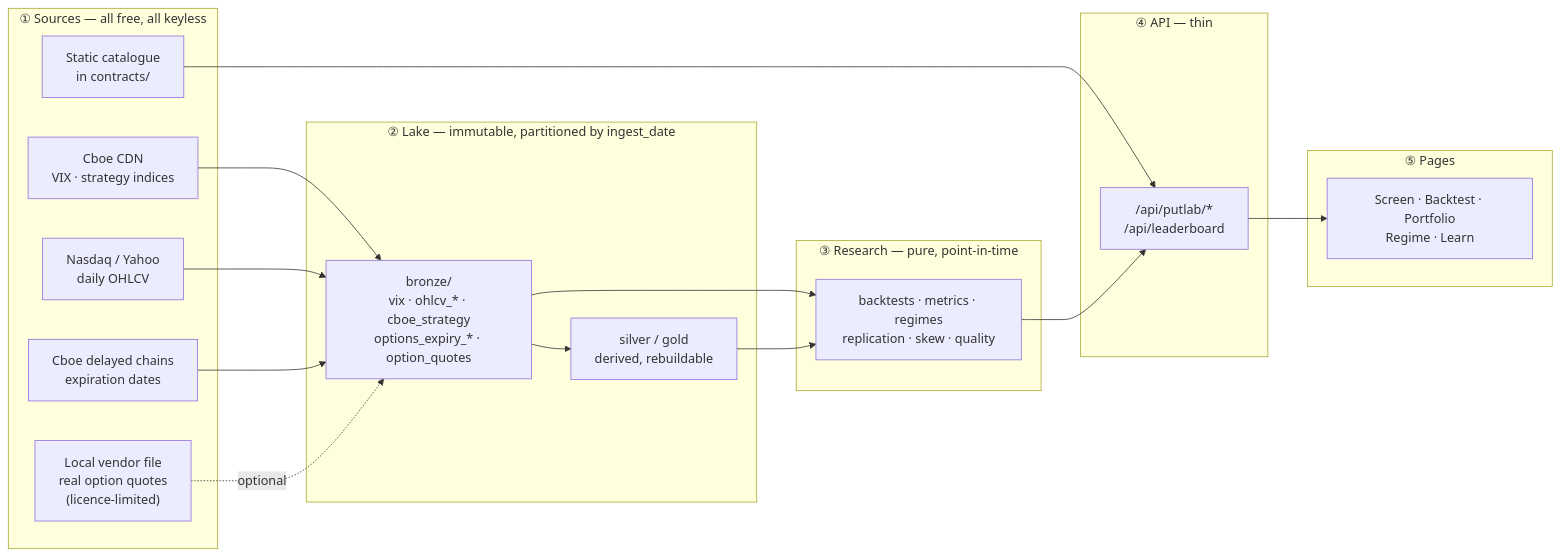
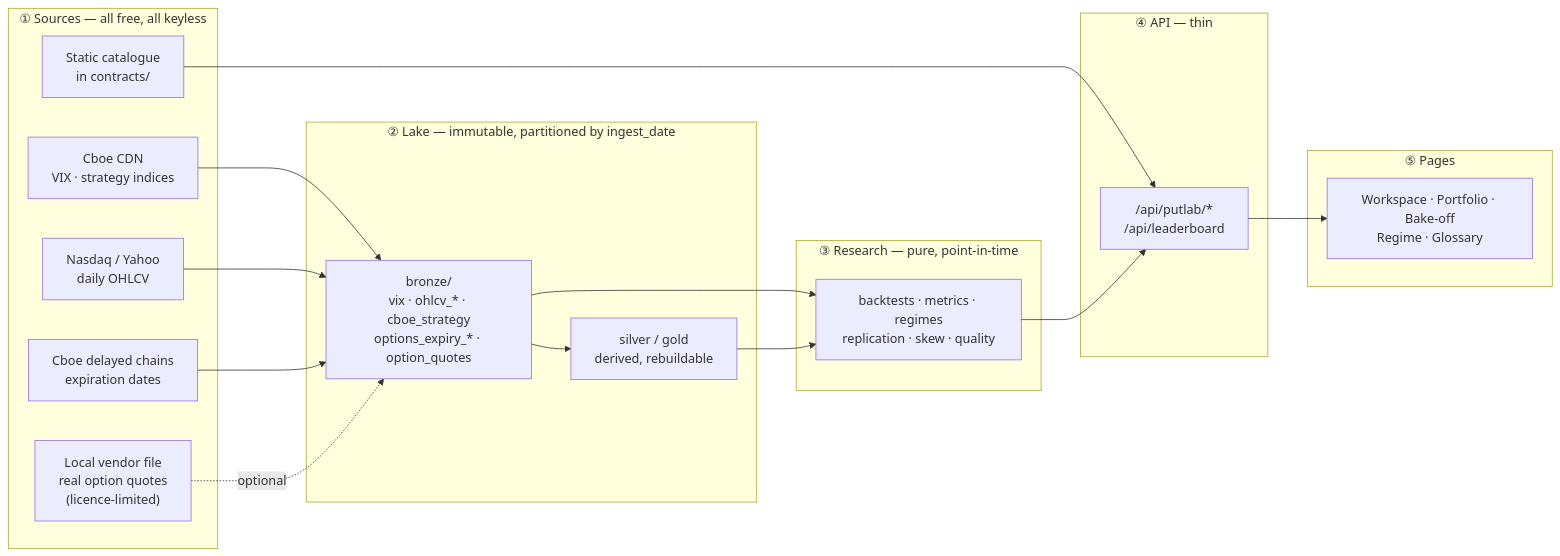
One commit to diomavro/tail-lab changed the first of 2 diagrams in docs/DATA_FLOW.md. Above: the diagram before and after it, drawn with Mermaid. The commit also changed other lines of this file and 58 other files, not shown here.

````diff
--- a/docs/DATA_FLOW.md
+++ b/docs/DATA_FLOW.md
@@ -25,34 +25,34 @@
 ```mermaid
 flowchart LR
     subgraph S["① Sources — all free, all keyless"]
         CBOE["Cboe CDN<br/>VIX · strategy indices"]
         NDQ["Nasdaq / Yahoo<br/>daily OHLCV"]
         CHAIN["Cboe delayed chains<br/>expiration dates"]
         LOCAL["Local vendor file<br/>real option quotes<br/>(licence-limited)"]
         STATIC["Static catalogue<br/>in contracts/"]
     end
     subgraph L["② Lake — immutable, partitioned by ingest_date"]
         BRONZE["bronze/<br/>vix · ohlcv_* · cboe_strategy<br/>options_expiry_* · option_quotes"]
         SG["silver / gold<br/>derived, rebuildable"]
     end
     subgraph R["③ Research — pure, point-in-time"]
         CALC["backtests · metrics · regimes<br/>replication · skew · quality"]
     end
     subgraph A["④ API — thin"]
         ROUTES["/api/putlab/*<br/>/api/leaderboard"]
     end
     subgraph U["⑤ Pages"]
-        PAGES["Screen · Backtest · Portfolio<br/>Regime · Learn"]
+        PAGES["Workspace · Portfolio · Bake-off<br/>Regime · Glossary"]
     end
 
     CBOE --> BRONZE
     NDQ --> BRONZE
     CHAIN --> BRONZE
     LOCAL -.optional.-> BRONZE
     STATIC --> ROUTES
     BRONZE --> SG
     BRONZE --> CALC
     SG --> CALC
     CALC --> ROUTES
     ROUTES --> PAGES
 ```
````
